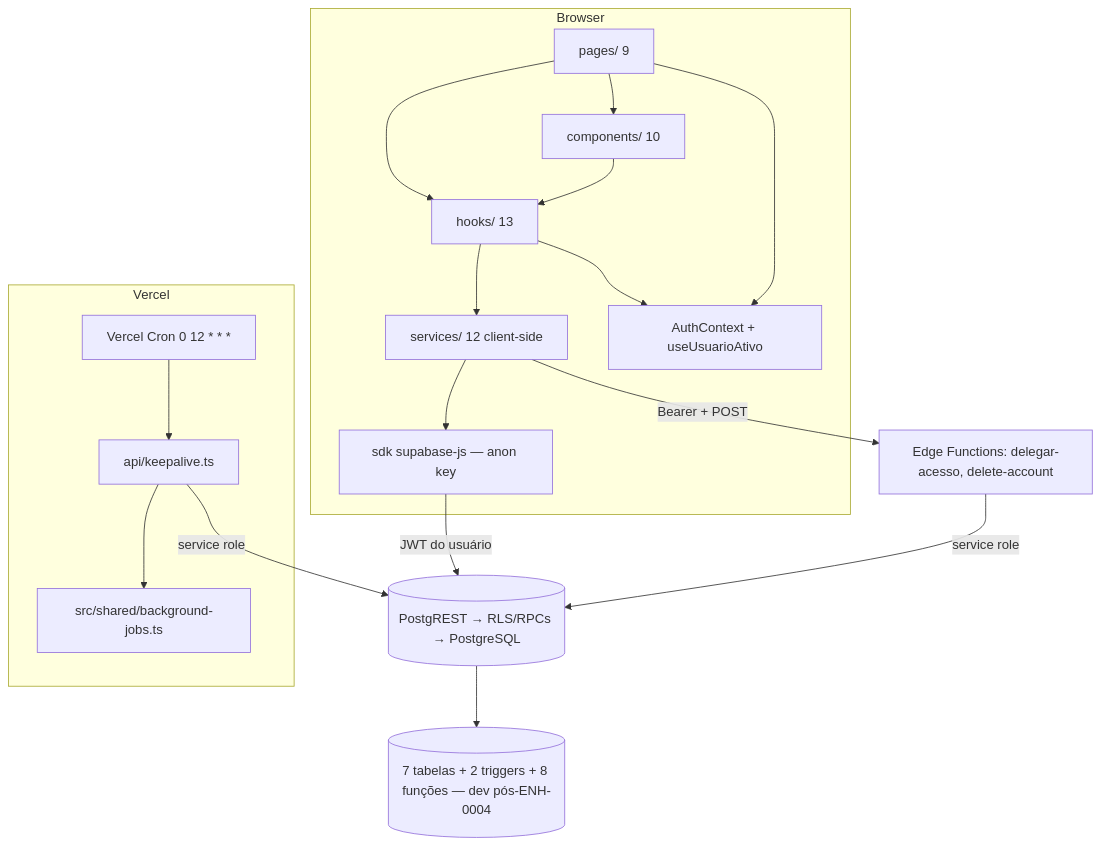
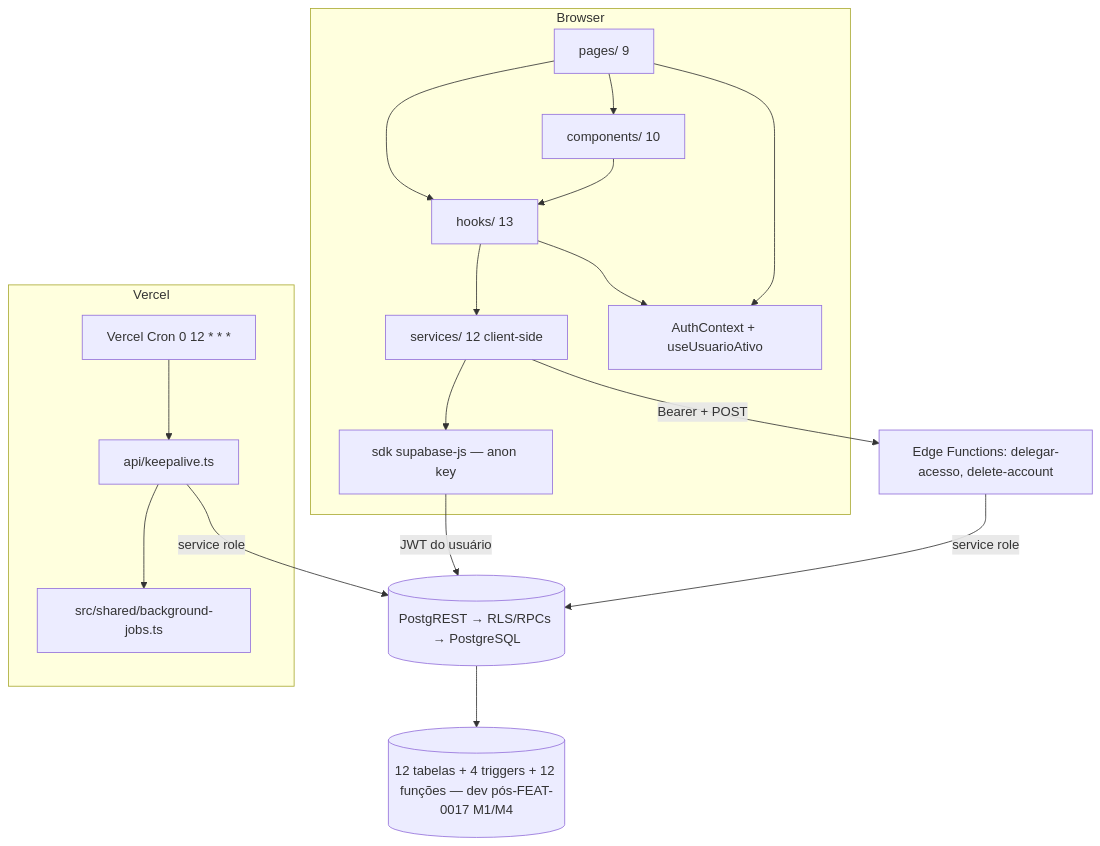
The diagram in .ai/specs/current/architecture/overview.md (lucasmm96/meufenil), drawn with Mermaid before and after one commit. The commit also changed other lines of this file and 7 other files, not shown here.

````diff
--- a/.ai/specs/current/architecture/overview.md
+++ b/.ai/specs/current/architecture/overview.md
@@ -13,20 +13,20 @@
 ```mermaid
 flowchart TB
     subgraph Browser
         P[pages/ 9] --> H[hooks/ 13] --> S[services/ 12 client-side]
         P --> C[components/ 10]
         C --> H
         S --> SUP[sdk supabase-js — anon key]
         P --> AU[AuthContext + useUsuarioAtivo]
         H --> AU
     end
     SUP -->|JWT do usuário| PG[(PostgREST → RLS/RPCs → PostgreSQL)]
     S -->|Bearer + POST| ED[Edge Functions: delegar-acesso, delete-account]
     ED -->|service role| PG
     subgraph Vercel
         CRON[Vercel Cron 0 12 * * *] --> KEEP[api/keepalive.ts]
         KEEP --> BJ[src/shared/background-jobs.ts]
     end
     KEEP -->|service role| PG
-    PG --> TAB[(7 tabelas + 2 triggers + 8 funções — dev pós-ENH-0004)]
+    PG --> TAB[(12 tabelas + 4 triggers + 12 funções — dev pós-FEAT-0017 M1/M4)]
 ```
````
